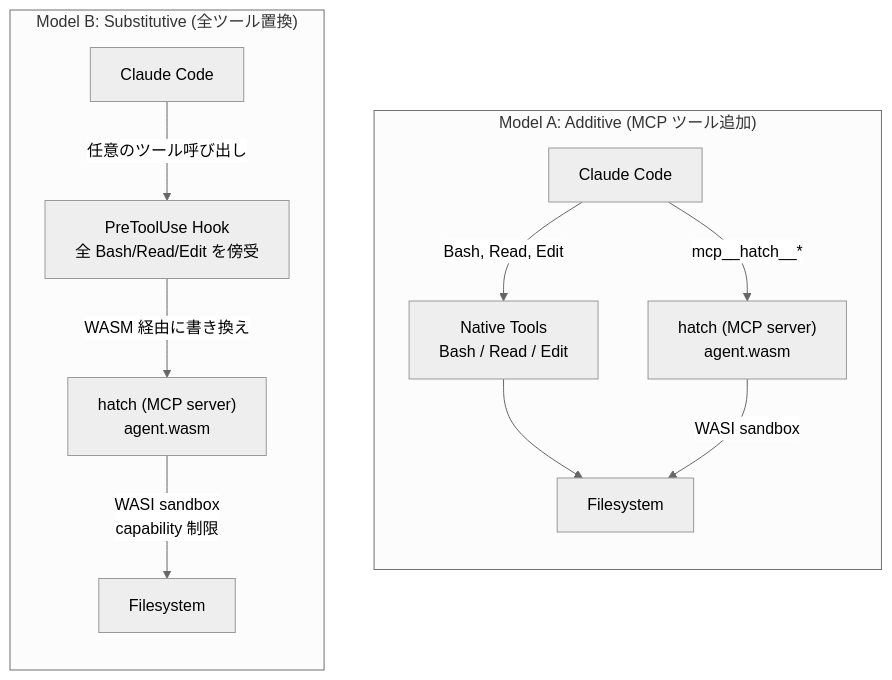
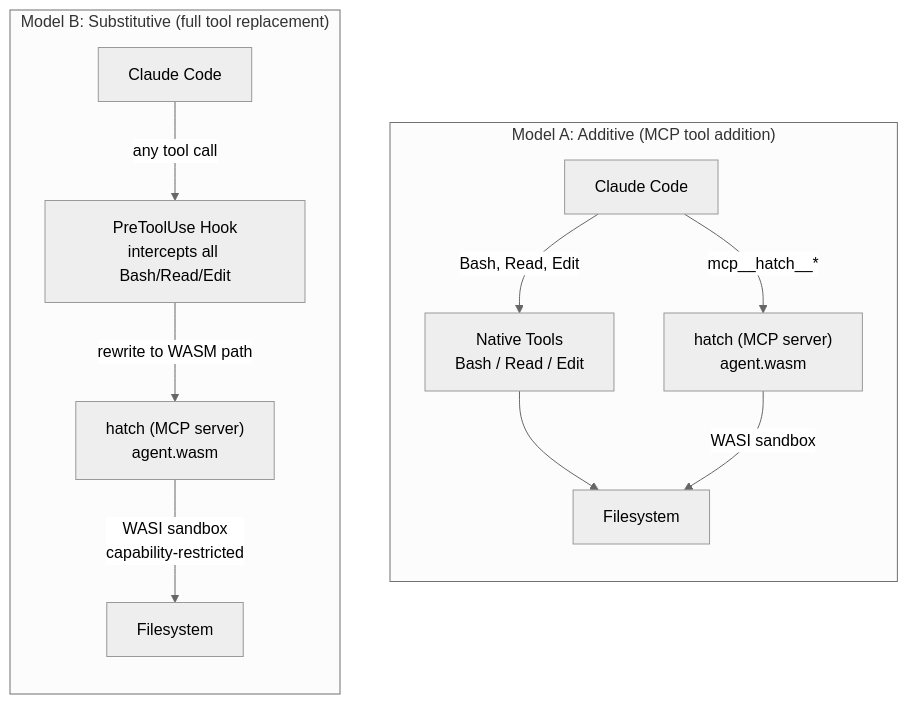
Before and after one commit to almide/almide: the first of 8 diagrams in docs/wasm/agent-container.md, drawn with Mermaid (neutral theme). The commit also changed other lines of this file and 5 other files, not shown here.

````diff
--- a/docs/wasm/agent-container.md
+++ b/docs/wasm/agent-container.md
@@ -7,27 +7,27 @@
 ```mermaid
 graph TB
-    subgraph "Model A: Additive (MCP ツール追加)"
+    subgraph "Model A: Additive (MCP tool addition)"
         direction TB
         A_CLAUDE["Claude Code"]
         A_NATIVE["Native Tools<br/>Bash / Read / Edit"]
         A_HATCH["hatch (MCP server)<br/>agent.wasm"]
         A_FS["Filesystem"]
 
         A_CLAUDE -->|"Bash, Read, Edit"| A_NATIVE
         A_CLAUDE -->|"mcp__hatch__*"| A_HATCH
         A_NATIVE --> A_FS
         A_HATCH -->|"WASI sandbox"| A_FS
     end
 
-    subgraph "Model B: Substitutive (全ツール置換)"
+    subgraph "Model B: Substitutive (full tool replacement)"
         direction TB
         B_CLAUDE["Claude Code"]
-        B_HOOK["PreToolUse Hook<br/>全 Bash/Read/Edit を傍受"]
+        B_HOOK["PreToolUse Hook<br/>intercepts all Bash/Read/Edit"]
         B_HATCH["hatch (MCP server)<br/>agent.wasm"]
         B_FS["Filesystem"]
 
-        B_CLAUDE -->|"任意のツール呼び出し"| B_HOOK
-        B_HOOK -->|"WASM 経由に書き換え"| B_HATCH
-        B_HATCH -->|"WASI sandbox<br/>capability 制限"| B_FS
+        B_CLAUDE -->|"any tool call"| B_HOOK
+        B_HOOK -->|"rewrite to WASM path"| B_HATCH
+        B_HATCH -->|"WASI sandbox<br/>capability-restricted"| B_FS
     end
 ```
````
